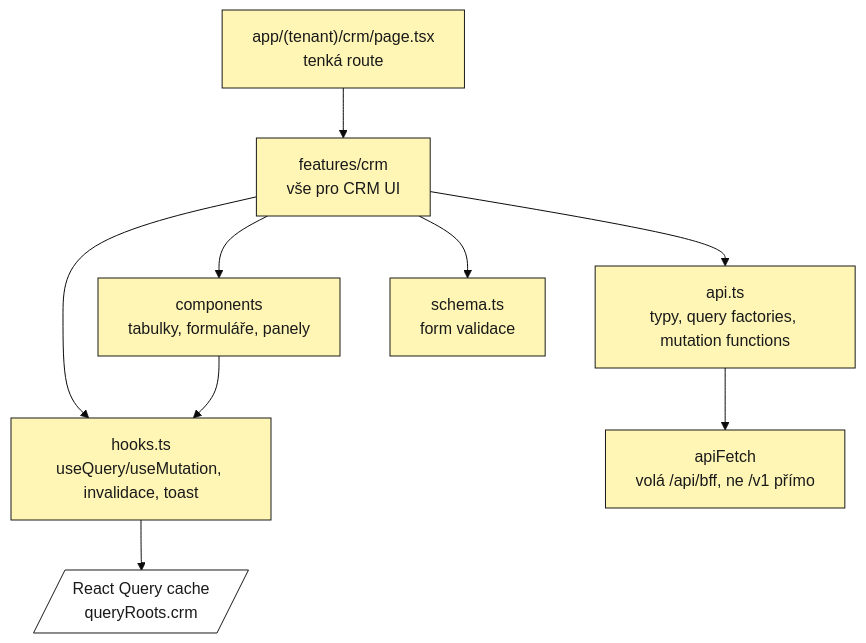
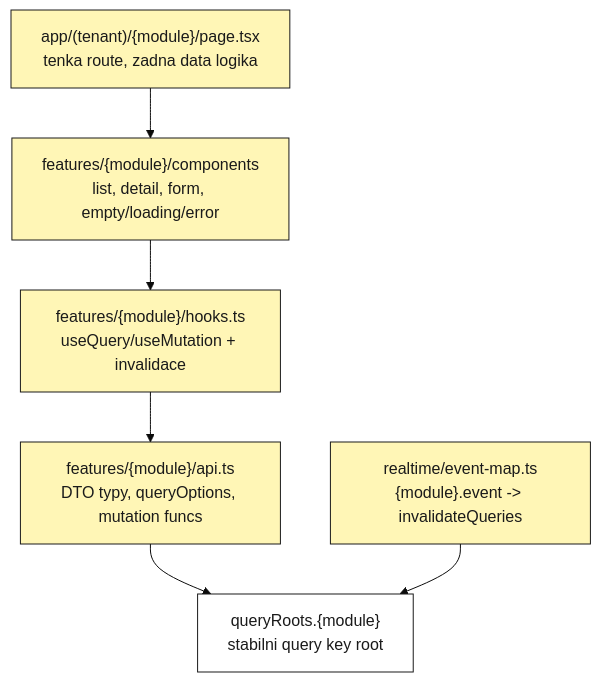
Before and after one commit to SolutionBox-corp/ModularPlatform: the seventh of 7 diagrams in CRM_MODULE_ARCHITECTURE.md, drawn with Mermaid (base theme). The commit also changed other lines of this file, not shown here.

Commit message:
docs: generalize module architecture guide

````diff
--- a/CRM_MODULE_ARCHITECTURE.md
+++ b/CRM_MODULE_ARCHITECTURE.md
@@ -1671,24 +509,16 @@
 ```mermaid
 flowchart TB
     classDef proc fill:#fff6b6,stroke:#1a1a1a,color:#1a1a1a
-    classDef dec fill:#c6dcff,stroke:#1a1a1a,color:#1a1a1a
-    classDef term fill:#adf0c7,stroke:#1a1a1a,color:#1a1a1a
     classDef data fill:#ffffff,stroke:#1a1a1a,color:#1a1a1a
-    classDef err fill:#ffc6c6,stroke:#d93636,color:#1a1a1a
 
-    PAGE["app/(tenant)/crm/page.tsx<br/>tenká route"]:::proc
-    FEATURE["features/crm<br/>vše pro CRM UI"]:::proc
-    API["api.ts<br/>typy, query factories, mutation functions"]:::proc
-    HOOKS["hooks.ts<br/>useQuery/useMutation, invalidace, toast"]:::proc
-    COMPONENTS["components<br/>tabulky, formuláře, panely"]:::proc
-    SCHEMA["schema.ts<br/>form validace"]:::proc
-    BFF["apiFetch<br/>volá /api/bff, ne /v1 přímo"]:::proc
-    QUERY[/"React Query cache<br/>queryRoots.crm"/]:::data
+    ROUTE["app/(tenant)/{module}/page.tsx<br/>tenka route, zadna data logika"]:::proc
+    API["features/{module}/api.ts<br/>DTO typy, queryOptions, mutation funcs"]:::proc
+    HOOKS["features/{module}/hooks.ts<br/>useQuery/useMutation + invalidace"]:::proc
+    UI["features/{module}/components<br/>list, detail, form, empty/loading/error"]:::proc
+    CACHE["queryRoots.{module}<br/>stabilni query key root"]:::data
+    RT["realtime/event-map.ts<br/>{module}.event -> invalidateQueries"]:::proc
 
-    PAGE --> FEATURE
-    FEATURE --> API --> BFF
-    FEATURE --> HOOKS --> QUERY
-    FEATURE --> COMPONENTS
-    FEATURE --> SCHEMA
-    COMPONENTS --> HOOKS
+    ROUTE --> UI
+    UI --> HOOKS --> API --> CACHE
+    RT --> CACHE
 ```
````
